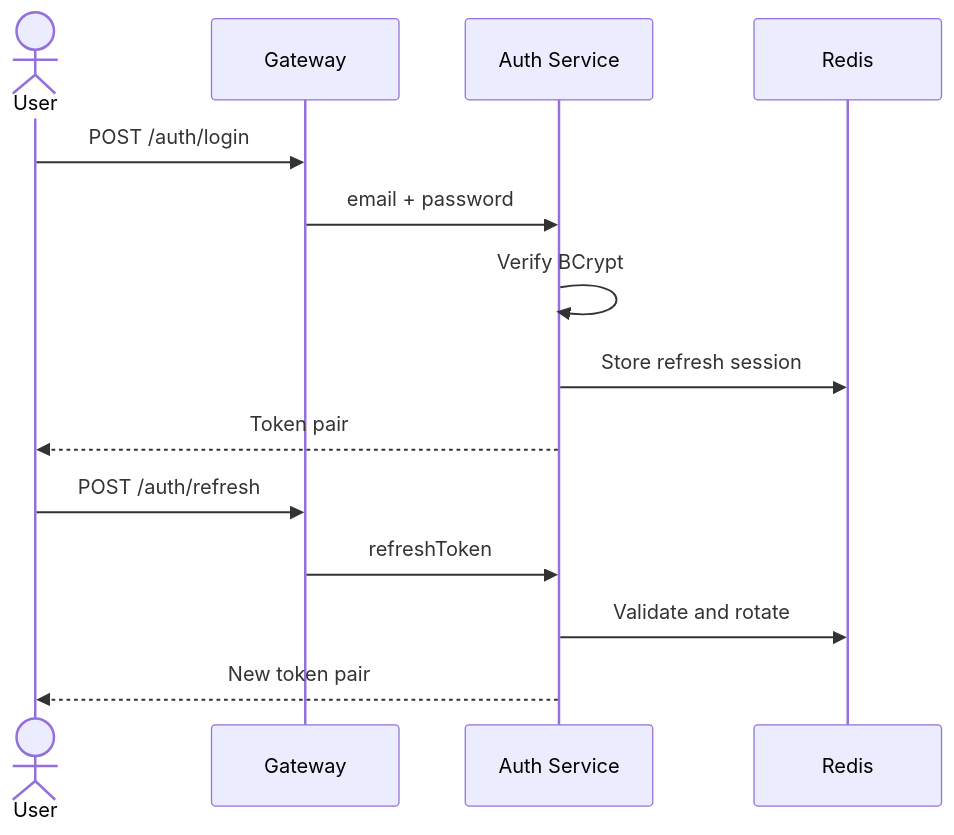
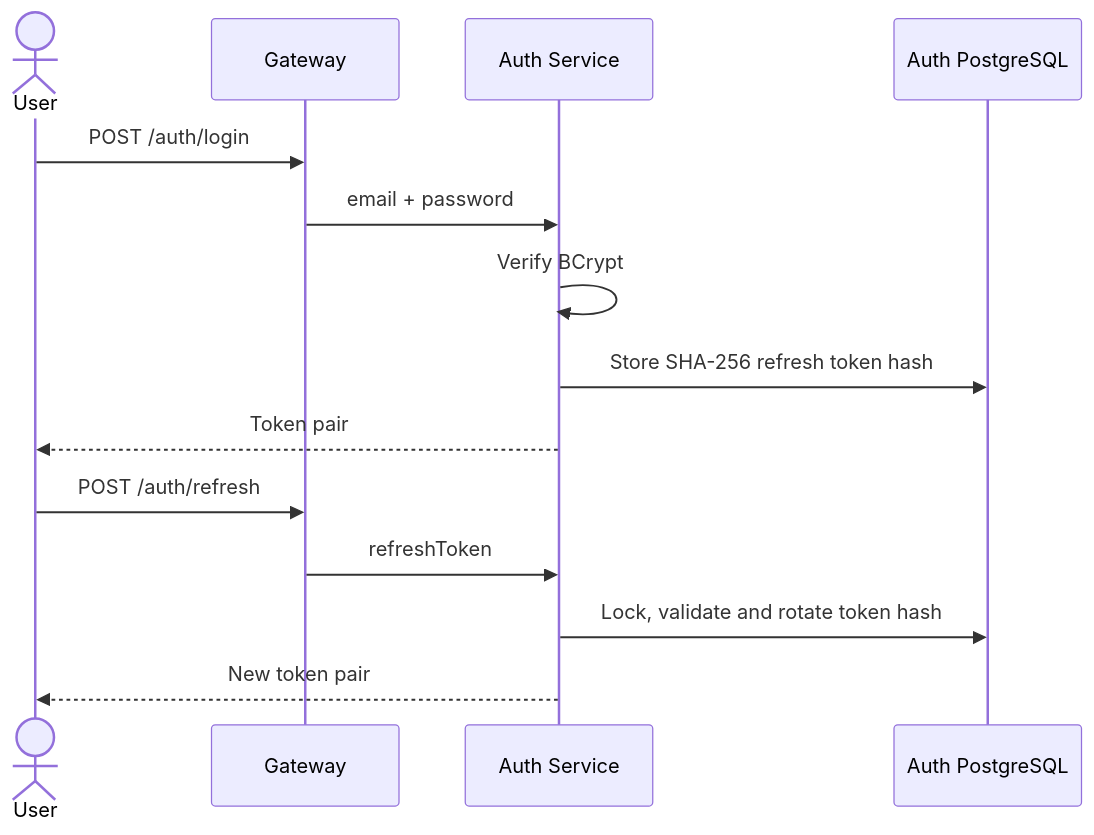
The first of 2 diagrams in Docs/03-business-workflows.md (vominhduong/Predictive-autoscaling-mechanis-for-recruitment-platform-on-Kubernetes), drawn with Mermaid before and after one commit. The commit also changed other lines of this file and 121 other files, not shown here.

````diff
--- a/Docs/03-business-workflows.md
+++ b/Docs/03-business-workflows.md
@@ -14,16 +14,16 @@
 ```mermaid
 sequenceDiagram
     actor U as User
     participant G as Gateway
     participant A as Auth Service
-    participant R as Redis
+    participant D as Auth PostgreSQL
     U->>G: POST /auth/login
     G->>A: email + password
     A->>A: Verify BCrypt
-    A->>R: Store refresh session
+    A->>D: Store SHA-256 refresh token hash
     A-->>U: Token pair
     U->>G: POST /auth/refresh
     G->>A: refreshToken
-    A->>R: Validate and rotate
+    A->>D: Lock, validate and rotate token hash
     A-->>U: New token pair
 ```
````
